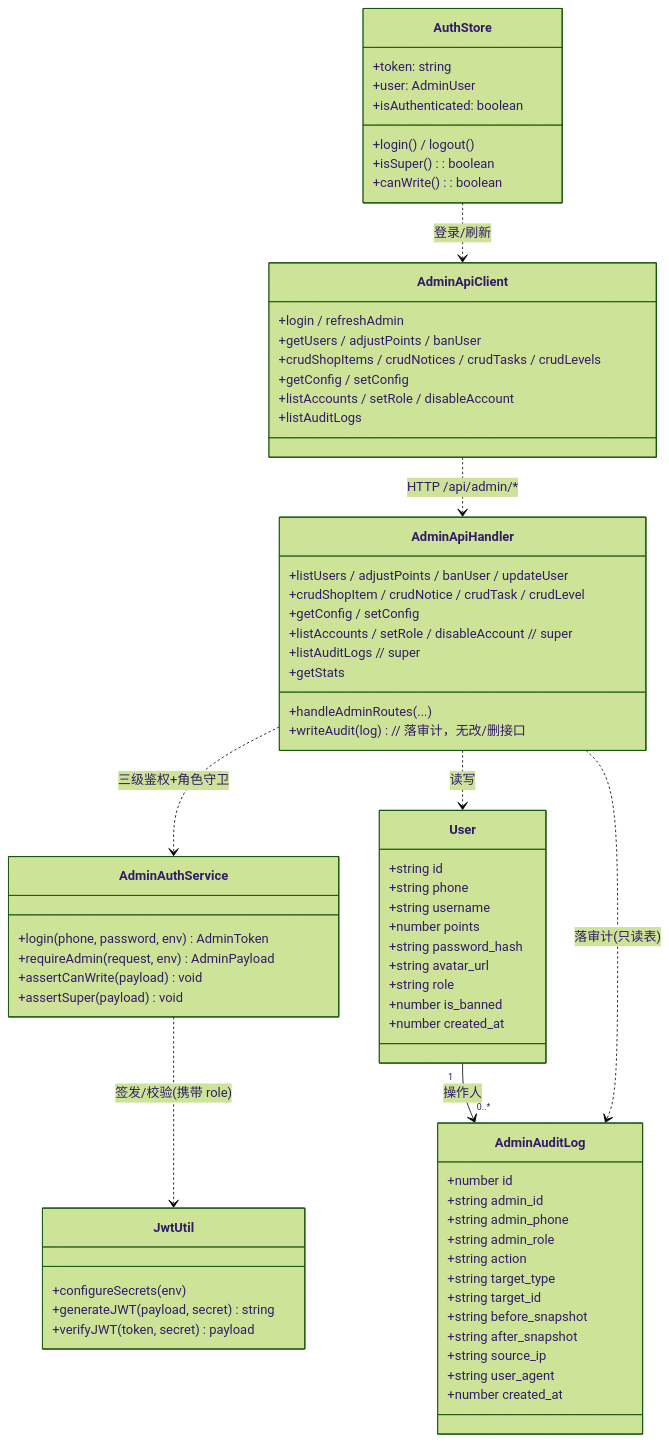
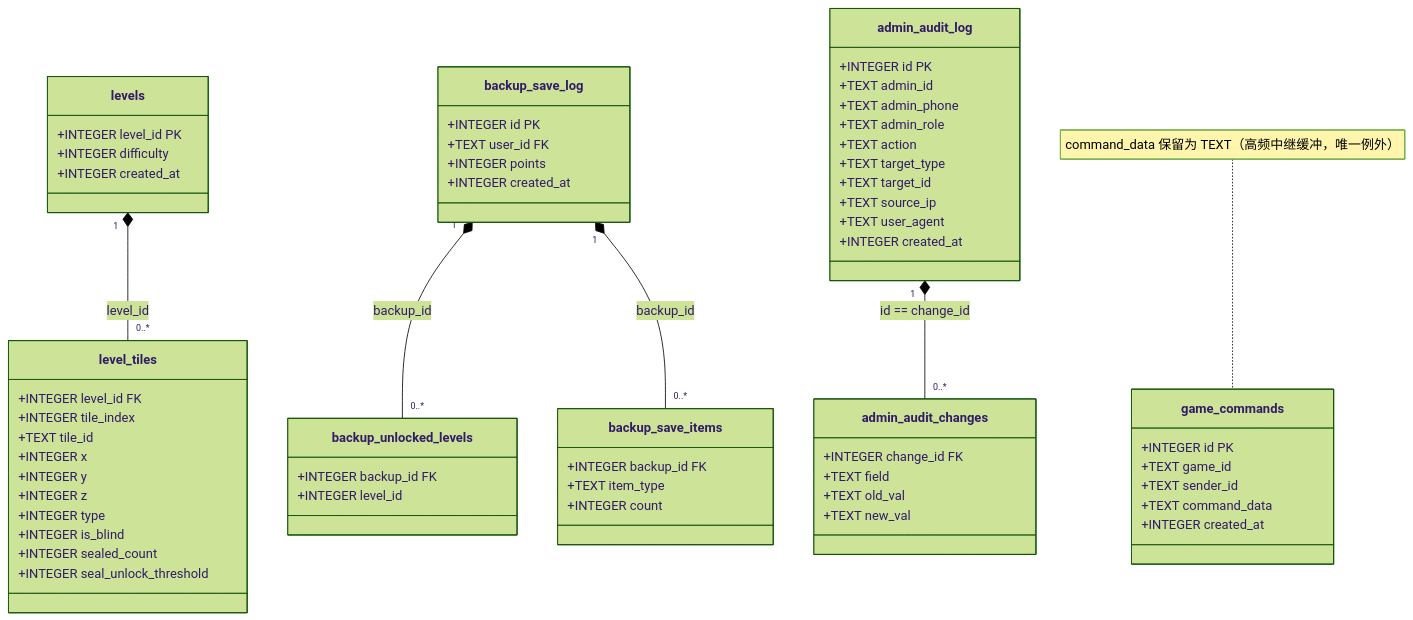
Before and after one commit to xqh0927/sheeps: the diagram in docs/class-diagram.mermaid, drawn with Mermaid (forest theme). The commit also changed 192 other files, not shown here.

```diff
--- a/docs/class-diagram.mermaid
+++ b/docs/class-diagram.mermaid
@@ -1,70 +1,64 @@
 classDiagram
-    class User {
-        +string id
-        +string phone
-        +string username
-        +number points
-        +string password_hash
-        +string avatar_url
-        +string role
-        +number is_banned
-        +number created_at
+    class levels {
+        +INTEGER level_id PK
+        +INTEGER difficulty
+        +INTEGER created_at
     }
-    class AdminAuditLog {
-        +number id
-        +string admin_id
-        +string admin_phone
-        +string admin_role
-        +string action
-        +string target_type
-        +string target_id
-        +string before_snapshot
-        +string after_snapshot
-        +string source_ip
-        +string user_agent
-        +number created_at
+    class level_tiles {
+        +INTEGER level_id FK
+        +INTEGER tile_index
+        +TEXT tile_id
+        +INTEGER x
+        +INTEGER y
+        +INTEGER z
+        +INTEGER type
+        +INTEGER is_blind
+        +INTEGER sealed_count
+        +INTEGER seal_unlock_threshold
     }
-    class JwtUtil {
-        +configureSecrets(env)
-        +generateJWT(payload, secret) string
-        +verifyJWT(token, secret) payload
+    class backup_save_log {
+        +INTEGER id PK
+        +TEXT user_id FK
+        +INTEGER points
+        +INTEGER created_at
     }
-    class AdminAuthService {
-        +login(phone, password, env) AdminToken
-        +requireAdmin(request, env) AdminPayload
-        +assertCanWrite(payload) void
-        +assertSuper(payload) void
+    class backup_unlocked_levels {
+        +INTEGER backup_id FK
+        +INTEGER level_id
     }
-    class AdminApiHandler {
-        +handleAdminRoutes(...)
-        +listUsers / adjustPoints / banUser / updateUser
-        +crudShopItem / crudNotice / crudTask / crudLevel
-        +getConfig / setConfig
-        +listAccounts / setRole / disableAccount   // super
-        +listAuditLogs                              // super
-        +getStats
-        +writeAudit(log)   // 落审计，无改/删接口
+    class backup_save_items {
+        +INTEGER backup_id FK
+        +TEXT item_type
+        +INTEGER count
     }
-    class AdminApiClient {
-        +login / refreshAdmin
-        +getUsers / adjustPoints / banUser
-        +crudShopItems / crudNotices / crudTasks / crudLevels
-        +getConfig / setConfig
-        +listAccounts / setRole / disableAccount
-        +listAuditLogs
+    class admin_audit_log {
+        +INTEGER id PK
+        +TEXT admin_id
+        +TEXT admin_phone
+        +TEXT admin_role
+        +TEXT action
+        +TEXT target_type
+        +TEXT target_id
+        +TEXT source_ip
+        +TEXT user_agent
+        +INTEGER created_at
     }
-    class AuthStore {
-        +token: string
-        +user: AdminUser
-        +login() / logout()
-        +isAuthenticated: boolean
-        +isSuper(): boolean
-        +canWrite(): boolean
+    class admin_audit_changes {
+        +INTEGER change_id FK
+        +TEXT field
+        +TEXT old_val
+        +TEXT new_val
     }
-    User "1" --> "0..*" AdminAuditLog : 操作人
-    AdminApiHandler ..> AdminAuthService : 三级鉴权+角色守卫
-    AdminApiHandler ..> AdminAuditLog : 落审计(只读表)
-    AdminApiHandler ..> User : 读写
-    AdminAuthService ..> JwtUtil : 签发/校验(携带 role)
-    AdminApiClient ..> AdminApiHandler : HTTP /api/admin/*
-    AuthStore ..> AdminApiClient : 登录/刷新
+    class game_commands {
+        +INTEGER id PK
+        +TEXT game_id
+        +TEXT sender_id
+        +TEXT command_data
+        +INTEGER created_at
+    }
+
+    levels "1" *-- "0..*" level_tiles : level_id
+    backup_save_log "1" *-- "0..*" backup_unlocked_levels : backup_id
+    backup_save_log "1" *-- "0..*" backup_save_items : backup_id
+    admin_audit_log "1" *-- "0..*" admin_audit_changes : id == change_id
+    note for game_commands "command_data 保留为 TEXT（高频中继缓冲，唯一例外）"
```
